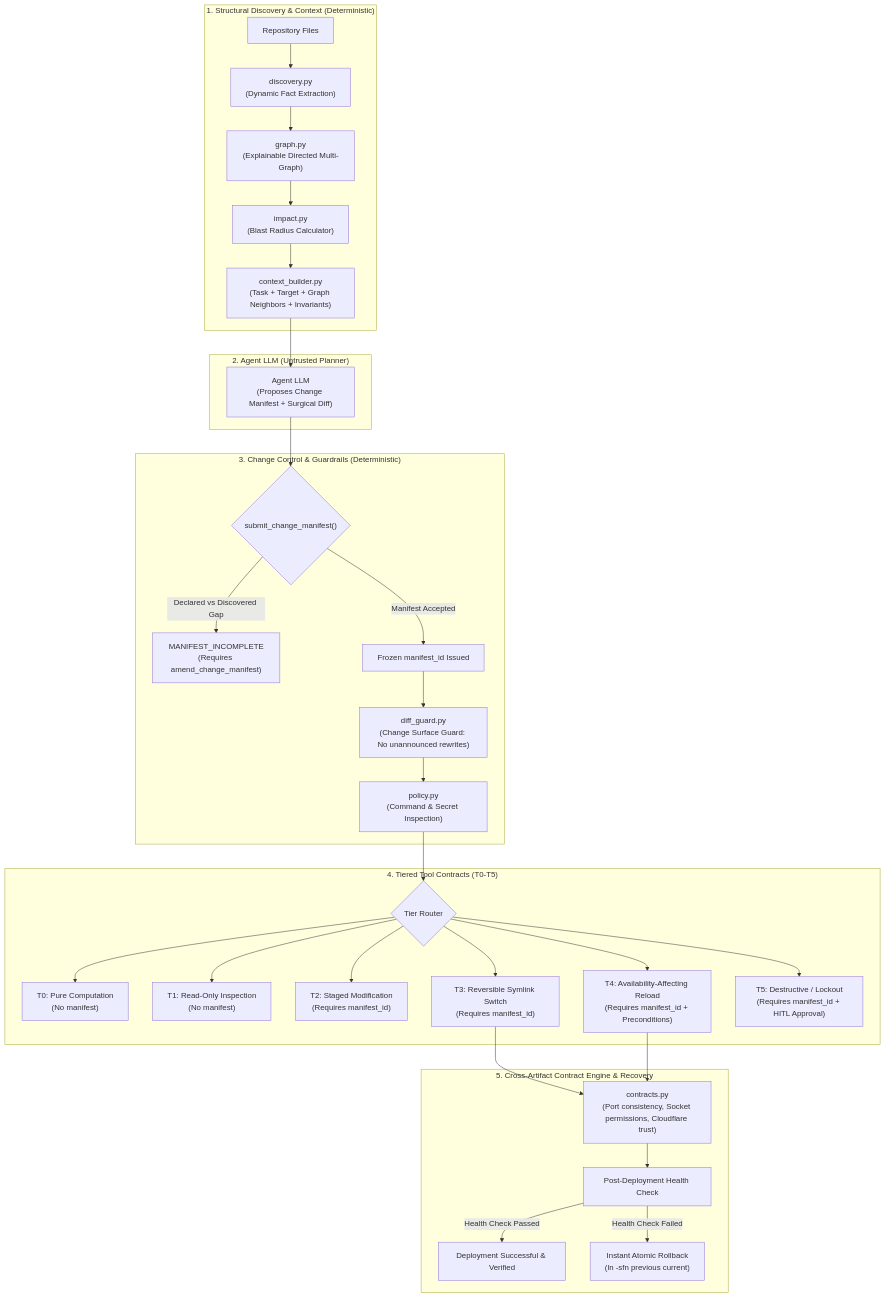
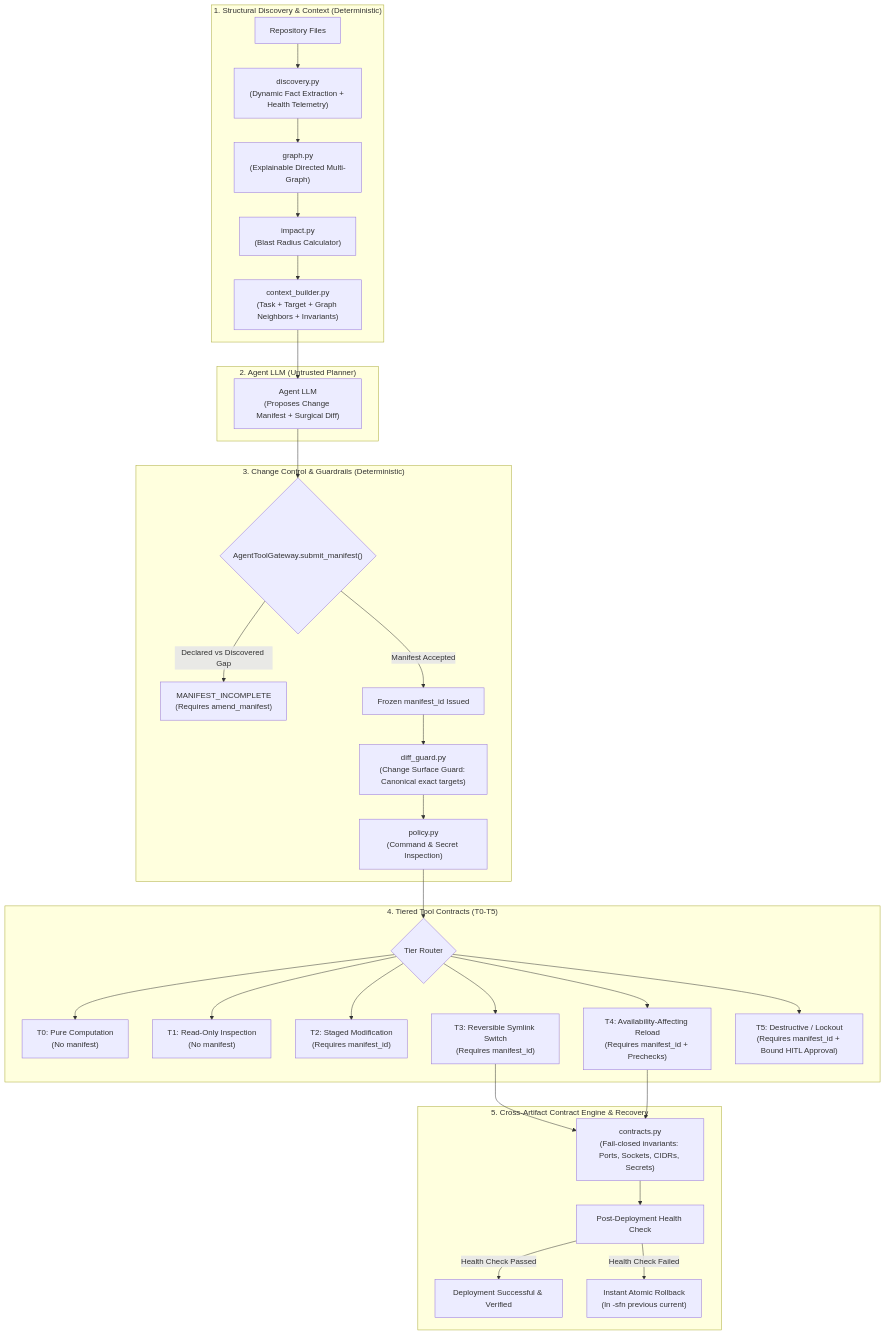
The diagram in README.md (kartorhys-ship-it/fullstack-deployment-skill), drawn with Mermaid before and after one commit. The commit also changed other lines of this file and 15 other files, not shown here.

Commit message:
fix(security): bind approval parameters, enforce contracts, instrument discovery health, and containerize CI

````diff
--- a/README.md
+++ b/README.md
@@ -28,38 +28,38 @@
 ```mermaid
 flowchart TD
     subgraph DiscoveryLayer["1. Structural Discovery & Context (Deterministic)"]
-        A[Repository Files] --> B["discovery.py\n(Dynamic Fact Extraction)"]
+        A[Repository Files] --> B["discovery.py\n(Dynamic Fact Extraction + Health Telemetry)"]
         B --> C["graph.py\n(Explainable Directed Multi-Graph)"]
         C --> D["impact.py\n(Blast Radius Calculator)"]
         D --> E["context_builder.py\n(Task + Target + Graph Neighbors + Invariants)"]
     end
 
     subgraph AgenticLayer["2. Agent LLM (Untrusted Planner)"]
         E --> F["Agent LLM\n(Proposes Change Manifest + Surgical Diff)"]
     end
 
     subgraph GatekeeperLayer["3. Change Control & Guardrails (Deterministic)"]
-        F --> G{"submit_change_manifest()"}
-        G -- "Declared vs Discovered Gap" --> H["MANIFEST_INCOMPLETE\n(Requires amend_change_manifest)"]
+        F --> G{"AgentToolGateway.submit_manifest()"}
+        G -- "Declared vs Discovered Gap" --> H["MANIFEST_INCOMPLETE\n(Requires amend_manifest)"]
         G -- "Manifest Accepted" --> I["Frozen manifest_id Issued"]
-        I --> J["diff_guard.py\n(Change Surface Guard: No unannounced rewrites)"]
+        I --> J["diff_guard.py\n(Change Surface Guard: Canonical exact targets)"]
         J --> K["policy.py\n(Command & Secret Inspection)"]
     end
 
     subgraph ExecutionLayer["4. Tiered Tool Contracts (T0-T5)"]
         K --> L{Tier Router}
         L --> T0["T0: Pure Computation\n(No manifest)"]
         L --> T1["T1: Read-Only Inspection\n(No manifest)"]
         L --> T2["T2: Staged Modification\n(Requires manifest_id)"]
         L --> T3["T3: Reversible Symlink Switch\n(Requires manifest_id)"]
-        L --> T4["T4: Availability-Affecting Reload\n(Requires manifest_id + Preconditions)"]
-        L --> T5["T5: Destructive / Lockout\n(Requires manifest_id + HITL Approval)"]
+        L --> T4["T4: Availability-Affecting Reload\n(Requires manifest_id + Prechecks)"]
+        L --> T5["T5: Destructive / Lockout\n(Requires manifest_id + Bound HITL Approval)"]
     end
 
     subgraph VerificationLayer["5. Cross-Artifact Contract Engine & Recovery"]
-        T3 & T4 --> M["contracts.py\n(Port consistency, Socket permissions, Cloudflare trust)"]
+        T3 & T4 --> M["contracts.py\n(Fail-closed invariants: Ports, Sockets, CIDRs, Secrets)"]
         M --> V1[Post-Deployment Health Check]
         V1 -- "Health Check Passed" --> S1[Deployment Successful & Verified]
         V1 -- "Health Check Failed" --> S2["Instant Atomic Rollback\n(ln -sfn previous current)"]
     end
 ```
````
